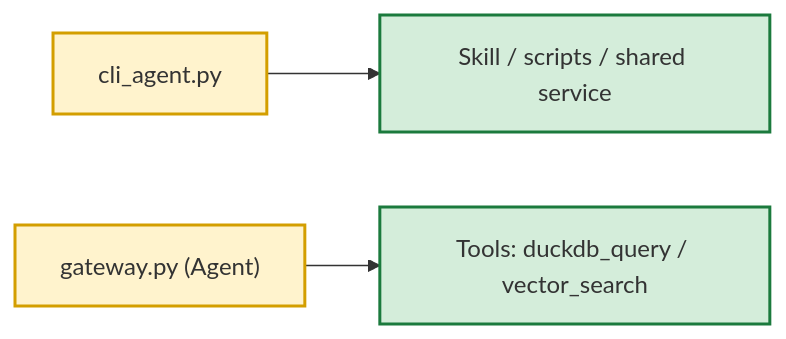
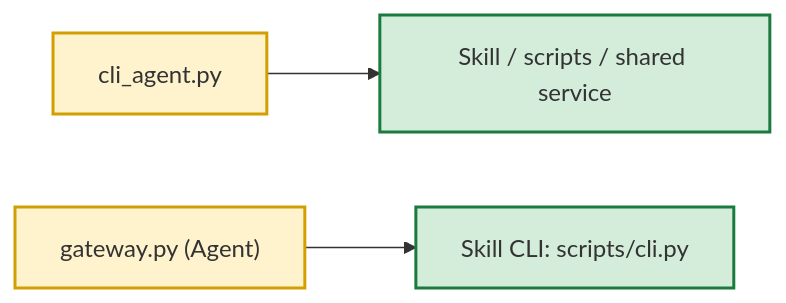
One commit to AlexEgorov85/workspaces_nanobot changed the sixth of 13 diagrams in docs/TARGET_ARCHITECTURE.md. Above: the diagram before and after it, drawn with Mermaid. The commit also changed other lines of this file and 8 other files, not shown here.

````diff
--- a/docs/TARGET_ARCHITECTURE.md
+++ b/docs/TARGET_ARCHITECTURE.md
@@ -498,9 +504,9 @@
 ```mermaid
 flowchart LR
     CLI["cli_agent.py"] --> SK["Skill / scripts / shared service"]
-    AG["gateway.py (Agent)"] --> TL["Tools: duckdb_query / vector_search"]
+    AG["gateway.py (Agent)"] --> CLI2["Skill CLI: scripts/cli.py"]
     classDef core fill:#fff3cd,stroke:#d39e00,stroke-width:2px
     classDef infra fill:#d4edda,stroke:#1b7a3d,stroke-width:2px
     class CLI,AG core
-    class SK,TL infra
+    class SK,CLI2 infra
 ```
````
